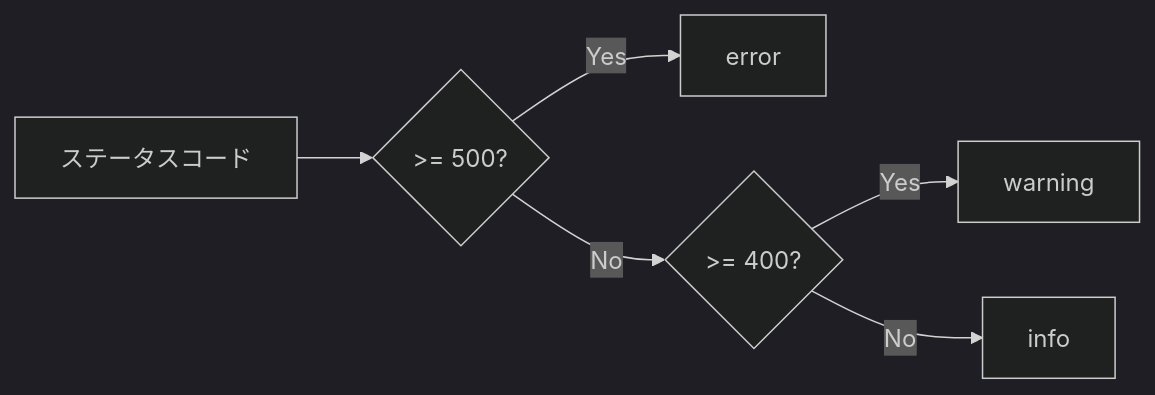
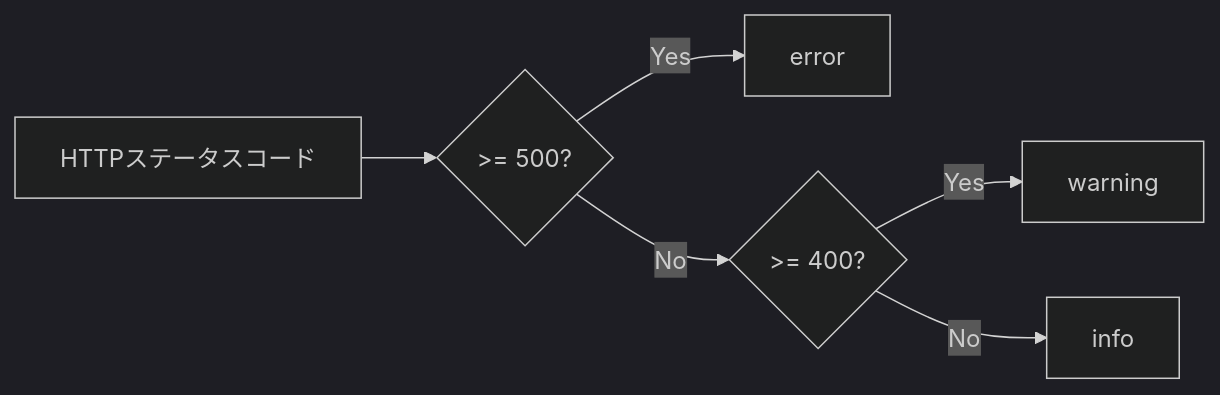
Before and after one commit to miyazakisora111/time-attendance: the second of 2 diagrams in docs/dev/middleware-pipeline.md, drawn with Mermaid (dark theme). The commit also changed other lines of this file and 88 other files, not shown here.

````diff
--- a/docs/dev/middleware-pipeline.md
+++ b/docs/dev/middleware-pipeline.md
@@ -120,8 +99,8 @@
 ```mermaid
 flowchart LR
-    A[ステータスコード] --> B{>= 500?}
+    A[HTTPステータスコード] --> B{>= 500?}
     B -- Yes --> C[error]
     B -- No --> D{>= 400?}
     D -- Yes --> E[warning]
     D -- No --> F[info]
 ```
````
